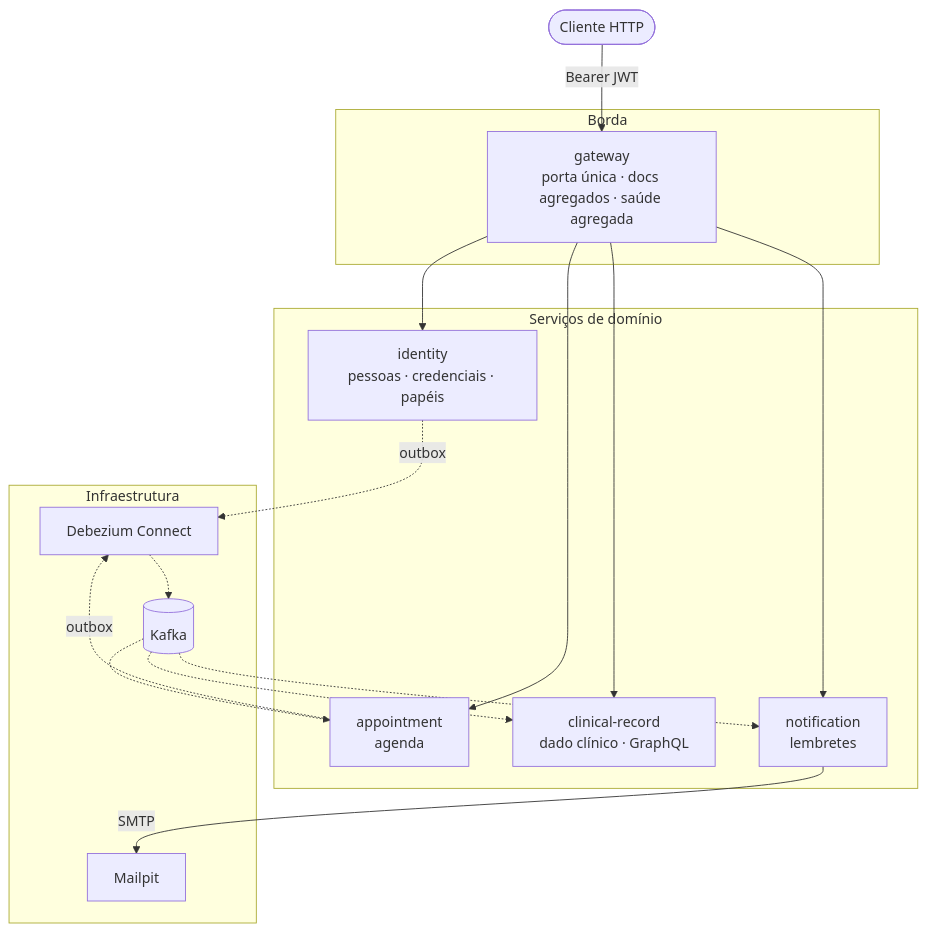
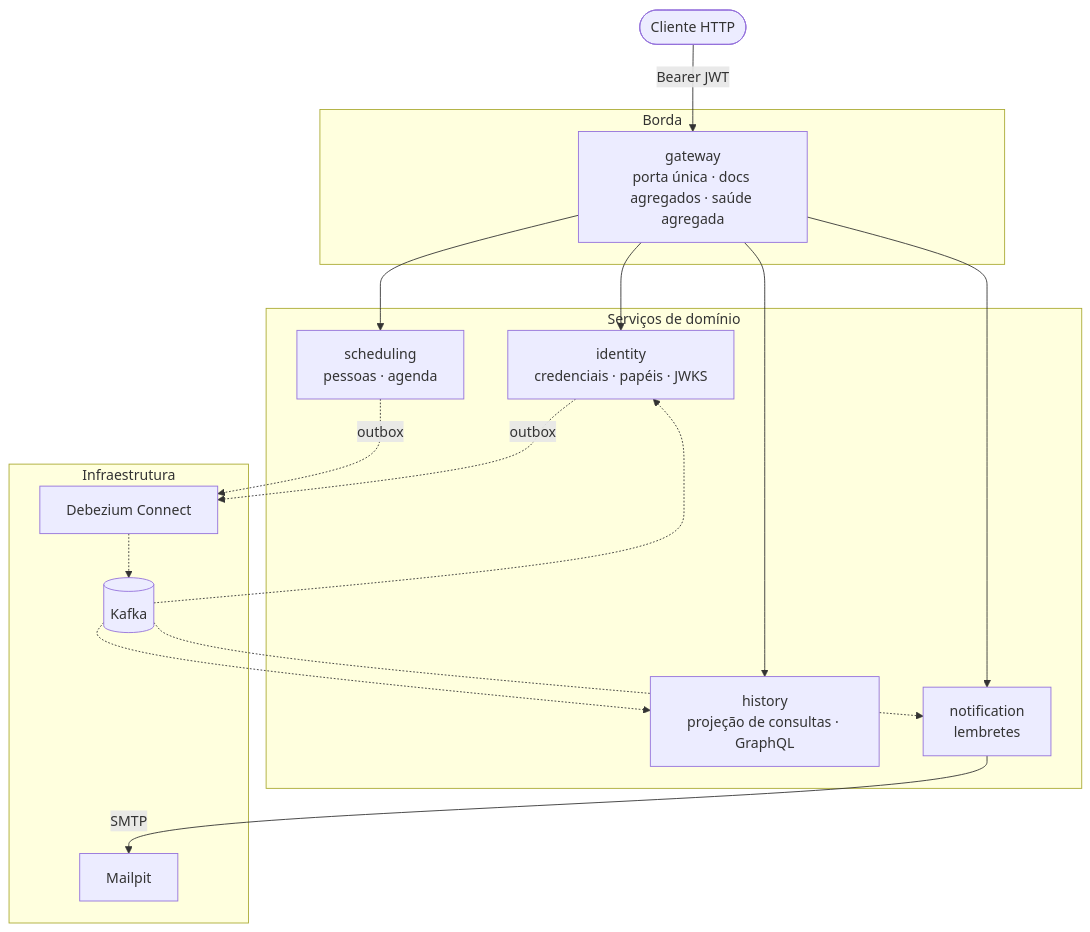
Before and after one commit to Team-2-FIAP-12ADJT/hospital-management: the first of 8 diagrams in docs/system-design.md, drawn with Mermaid. The commit also changed other lines of this file and 21 other files, not shown here.

First line of the commit message:
Refactor system architecture and documentation

````diff
--- a/docs/system-design.md
+++ b/docs/system-design.md
@@ -59,36 +94,36 @@
 ```mermaid
 flowchart TB
     client([Cliente HTTP])
 
     subgraph edge [Borda]
         gw["gateway<br/>porta única · docs agregados · saúde agregada"]
     end
 
     subgraph svc [Serviços de domínio]
-        id["identity<br/>pessoas · credenciais · papéis"]
-        ap["appointment<br/>agenda"]
-        cr["clinical-record<br/>dado clínico · GraphQL"]
+        id["identity<br/>credenciais · papéis · JWKS"]
+        sc["scheduling<br/>pessoas · agenda"]
+        hi["history<br/>projeção de consultas · GraphQL"]
         nt["notification<br/>lembretes"]
     end
 
     subgraph infra [Infraestrutura]
         kafka[(Kafka)]
         dbz["Debezium Connect"]
         mail["Mailpit"]
     end
 
     client -->|"Bearer JWT"| gw
     gw --> id
-    gw --> ap
-    gw --> cr
+    gw --> sc
+    gw --> hi
     gw --> nt
 
+    sc -.->|outbox| dbz
     id -.->|outbox| dbz
-    ap -.->|outbox| dbz
     dbz -.-> kafka
-    kafka -.-> ap
-    kafka -.-> cr
+    kafka -.-> id
+    kafka -.-> hi
     kafka -.-> nt
 
     nt -->|SMTP| mail
 ```
````
